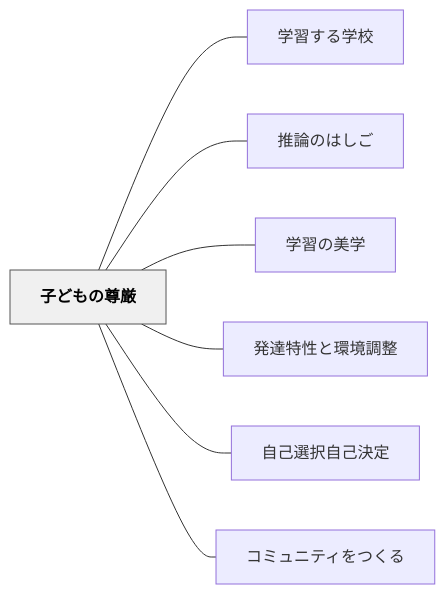
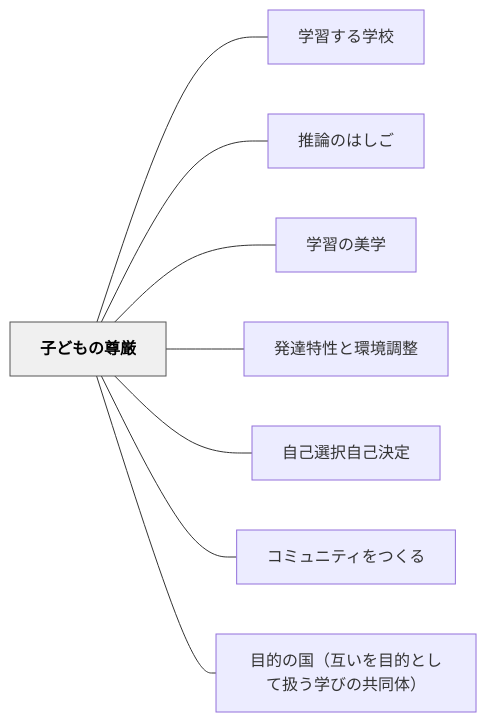
Before and after one commit to unknownthings-ed-patterns/unknownthings-ed-patterns: the diagram in content/パタン/子どもの尊厳.md, drawn with Mermaid. The commit also changed other lines of this file and 18 other files, not shown here.

````diff
--- a/content/パタン/子どもの尊厳.md
+++ b/content/パタン/子どもの尊厳.md
@@ -125,20 +133,22 @@
 ```mermaid
 flowchart LR
     ne5ad90e381a9e38282e381aee5b08ae58eb3["子どもの尊厳"]
     ne5ada6e7bf92e38199e3828be5ada6e6a0a1["学習する学校"]
     ne68ea8e8ab96e381aee381afe38197e38194["推論のはしご"]
     ne5ada6e7bf92e381aee7be8ee5ada6["学習の美学"]
     ne799bae98194e789b9e680a7e381a8e792b0e5a283e8aabfe695b4["発達特性と環境調整"]
     ne887aae5b7b1e981b8e68a9ee887aae5b7b1e6b1bae5ae9a["自己選択自己決定"]
     ne382b3e3839fe383a5e3838be38386e382a3e38292e381a4e3818fe3828b["コミュニティをつくる"]
+    ne79baee79a84e381aee59bbdefbc88e4ba92e38184e38292e79baee79a84e381a8e38197e381a6e689b1e38186e5ada6e381b3e381aee585b1e5908ce4bd93efbc89["目的の国（互いを目的として扱う学びの共同体）"]
 
     ne5ad90e381a9e38282e381aee5b08ae58eb3 --- ne5ada6e7bf92e38199e3828be5ada6e6a0a1
     ne5ad90e381a9e38282e381aee5b08ae58eb3 --- ne68ea8e8ab96e381aee381afe38197e38194
     ne5ad90e381a9e38282e381aee5b08ae58eb3 --- ne5ada6e7bf92e381aee7be8ee5ada6
     ne5ad90e381a9e38282e381aee5b08ae58eb3 --- ne799bae98194e789b9e680a7e381a8e792b0e5a283e8aabfe695b4
     ne5ad90e381a9e38282e381aee5b08ae58eb3 --- ne887aae5b7b1e981b8e68a9ee887aae5b7b1e6b1bae5ae9a
     ne5ad90e381a9e38282e381aee5b08ae58eb3 --- ne382b3e3839fe383a5e3838be38386e382a3e38292e381a4e3818fe3828b
+    ne5ad90e381a9e38282e381aee5b08ae58eb3 --- ne79baee79a84e381aee59bbdefbc88e4ba92e38184e38292e79baee79a84e381a8e38197e381a6e689b1e38186e5ada6e381b3e381aee585b1e5908ce4bd93efbc89
 
     classDef hub fill:#f0f0f0,stroke:#555,color:#000,font-weight:bold
     class ne5ad90e381a9e38282e381aee5b08ae58eb3 hub
 ```
````
